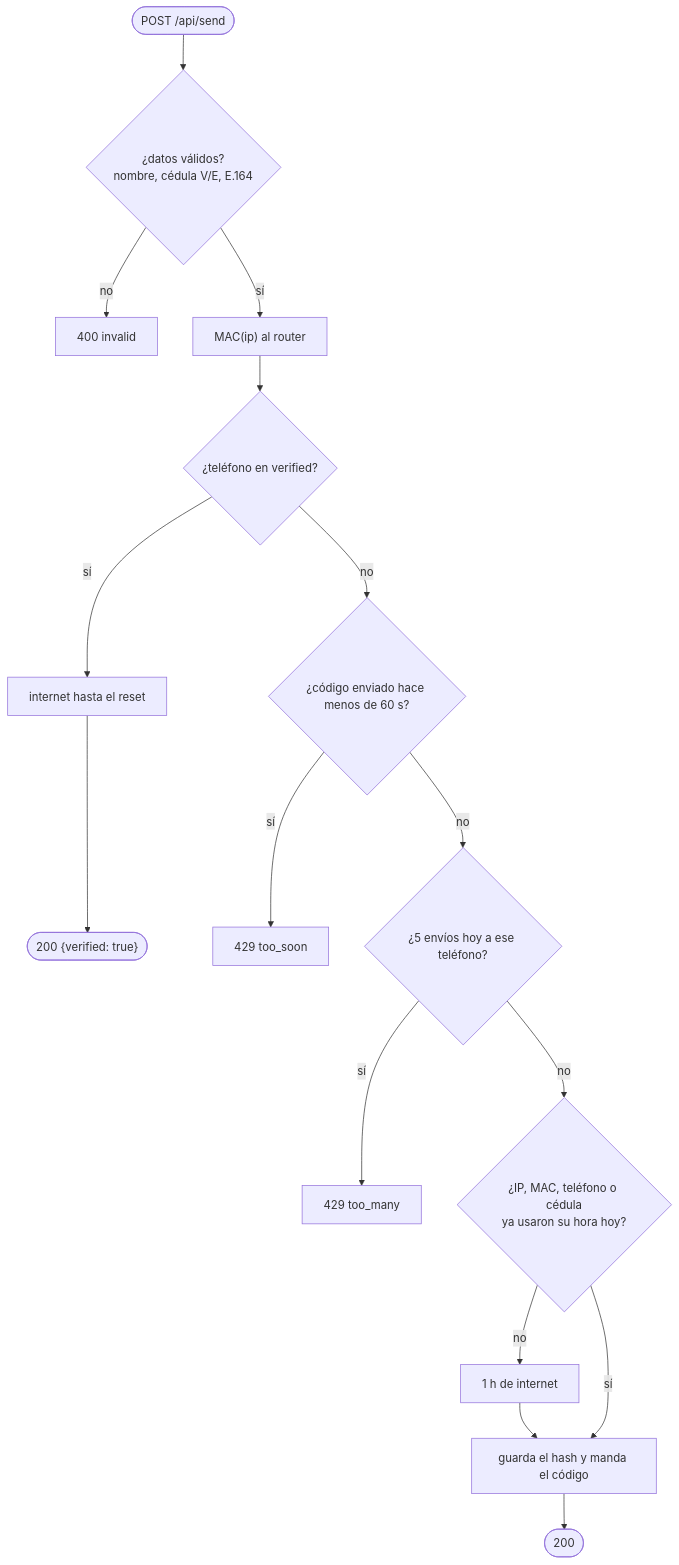
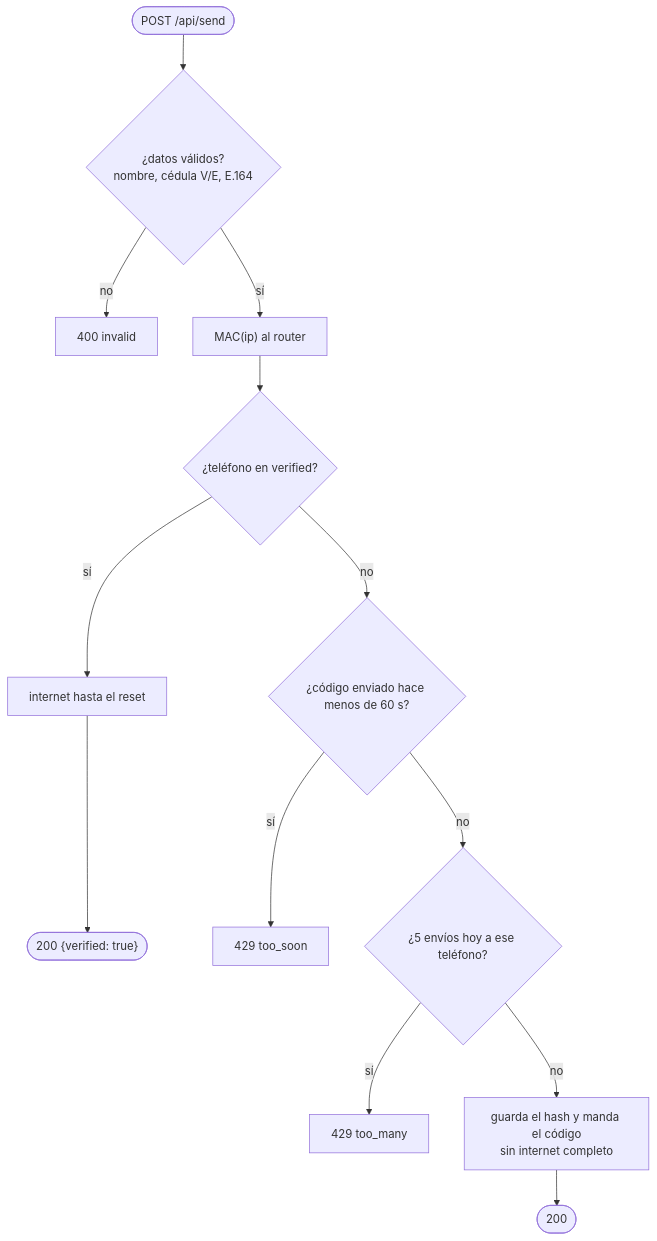
Before and after one commit to TipoTramquilo/byteservices-portal: the second of 3 diagrams in docs/explanation/core/acceso-wifi.md, drawn with Mermaid. The commit also changed other lines of this file and 5 other files, not shown here.

````diff
--- a/docs/explanation/core/acceso-wifi.md
+++ b/docs/explanation/core/acceso-wifi.md
@@ -105,16 +104,14 @@
 ```mermaid
 flowchart TD
     S([POST /api/send]) --> VAL{"¿datos válidos?<br/>nombre, cédula V/E, E.164"}
     VAL -- no --> E400[400 invalid]
     VAL -- sí --> MAC["MAC(ip) al router"]
     MAC --> VER{"¿teléfono en verified?"}
     VER -- sí --> FULL["internet hasta el reset"] --> OKV(["200 {verified: true}"])
     VER -- no --> WAIT{"¿código enviado hace menos de 60 s?"}
     WAIT -- sí --> E429a[429 too_soon]
     WAIT -- no --> MAX{"¿5 envíos hoy a ese teléfono?"}
     MAX -- sí --> E429b[429 too_many]
-    MAX -- no --> FREE{"¿IP, MAC, teléfono o cédula<br/>ya usaron su hora hoy?"}
-    FREE -- no --> HOUR["1 h de internet"] --> CODE
-    FREE -- sí --> CODE["guarda el hash y manda el código"]
+    MAX -- no --> CODE["guarda el hash y manda el código<br/>sin internet completo"]
     CODE --> OK([200])
 ```
````
